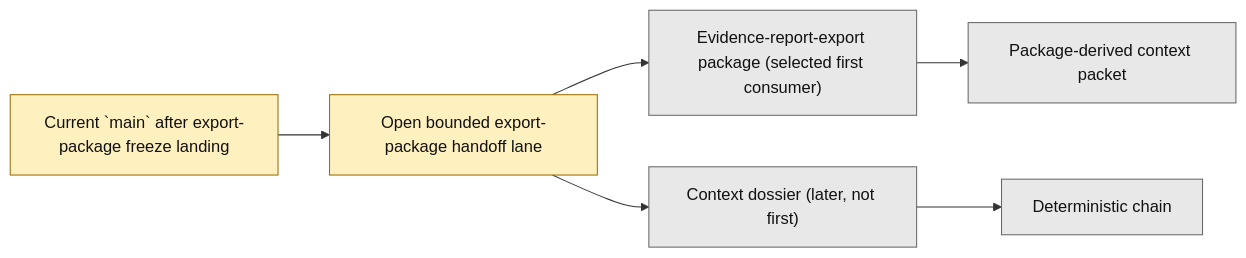
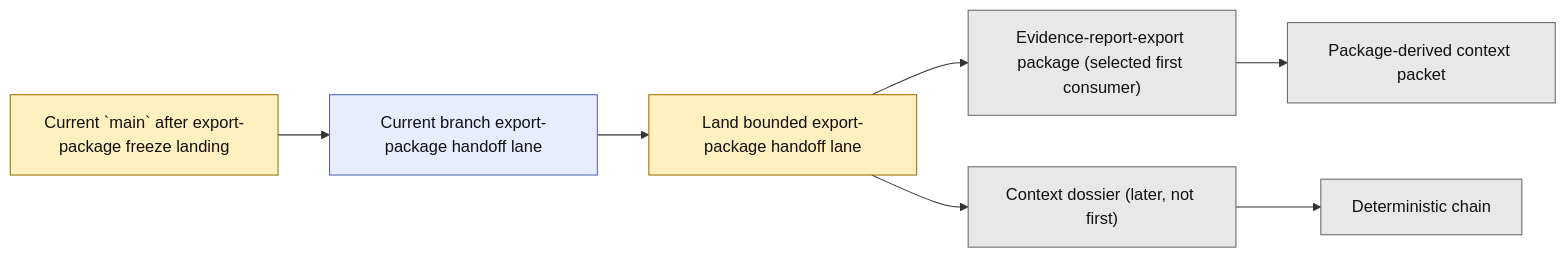
One commit to benjmcd/project6_REPO_MCP_FOLDER changed the second of 2 diagrams in next_milestone_plans/layer3_progress_board.md. Above: the diagram before and after it, drawn with Mermaid. The commit also changed other lines of this file and 12 other files, not shown here.

Commit message:
feat(layer3): add export-package handoff slice

````diff
--- a/next_milestone_plans/layer3_progress_board.md
+++ b/next_milestone_plans/layer3_progress_board.md
@@ -100,14 +107,17 @@
 ```mermaid
 flowchart LR
-    A["Current `main` after export-package freeze landing"] --> B["Open bounded export-package handoff lane"]
-    B --> C["Evidence-report-export package (selected first consumer)"]
-    B --> D["Context dossier (later, not first)"]
-    C --> E["Package-derived context packet"]
-    D --> F["Deterministic chain"]
+    A["Current `main` after export-package freeze landing"] --> B["Current branch export-package handoff lane"]
+    B --> C["Land bounded export-package handoff lane"]
+    C --> D["Evidence-report-export package (selected first consumer)"]
+    C --> E["Context dossier (later, not first)"]
+    D --> F["Package-derived context packet"]
+    E --> G["Deterministic chain"]
 
     classDef next fill:#fff1bf,stroke:#9a6b00,color:#111;
+    classDef branch fill:#e7edff,stroke:#4b63b3,color:#111;
     classDef future fill:#e8e8e8,stroke:#666,color:#111;
 
-    class A,B next;
-    class C,D,E,F future;
+    class A,C next;
+    class B branch;
+    class D,E,F,G future;
 ```
````
